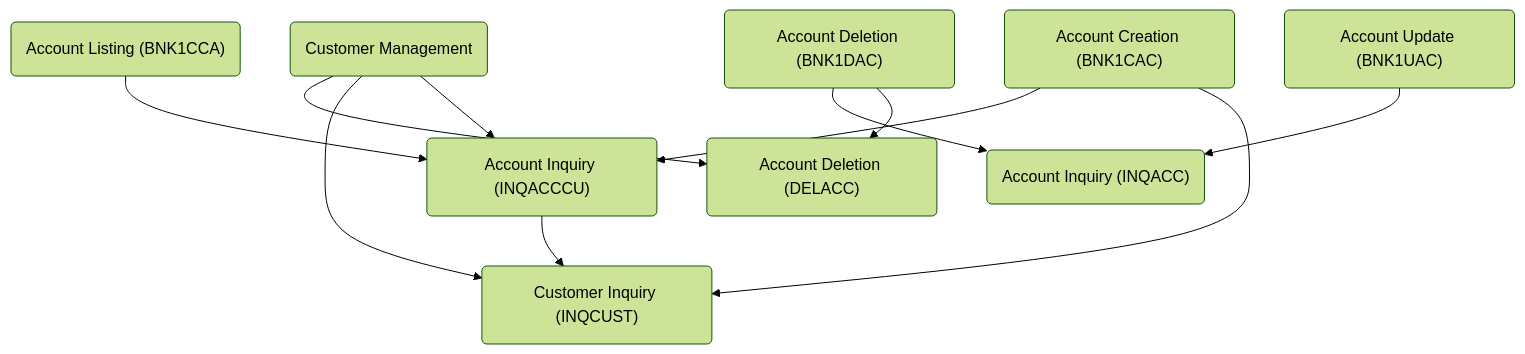
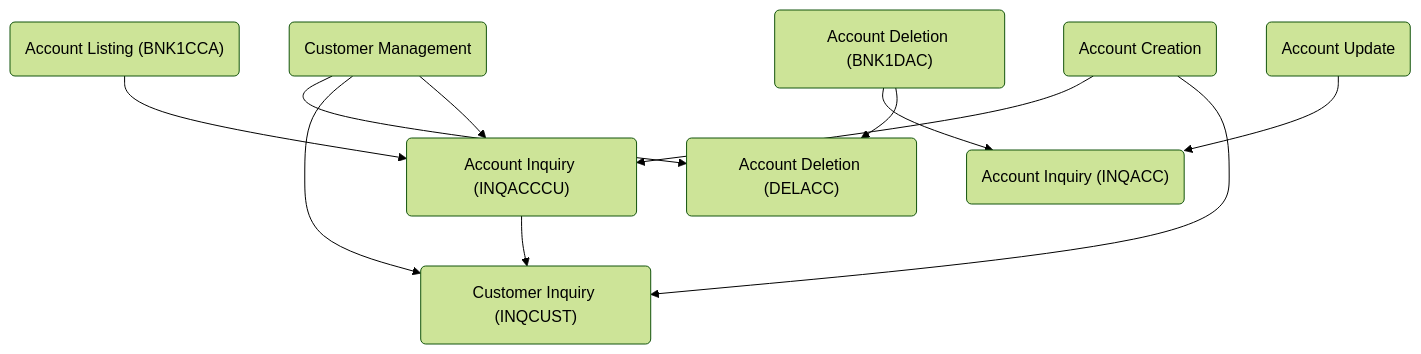
The diagram in .swm/overview.q3if2kbx.sw.md (Swimm-Demo/cics-banking-sample-application-cbsa-IBM-Demo), drawn with Mermaid (forest theme) before and after one commit. The commit also changed other lines of this file, not shown here.

Commit message:
To squash

````diff
--- a/.swm/overview.q3if2kbx.sw.md
+++ b/.swm/overview.q3if2kbx.sw.md
@@ -10,13 +10,13 @@
 ```mermaid
 graph TD;
  o339e("Account Inquiry (INQACCCU)") --> 2wtdn("Customer Inquiry (INQCUST)")
  qh7ha("Customer Management") --> r62zc("Account Deletion (DELACC)")
  qh7ha("Customer Management") --> 2wtdn("Customer Inquiry (INQCUST)")
  qh7ha("Customer Management") --> o339e("Account Inquiry (INQACCCU)")
  eobwn("Account Deletion (BNK1DAC)") --> uaufw("Account Inquiry (INQACC)")
  eobwn("Account Deletion (BNK1DAC)") --> r62zc("Account Deletion (DELACC)")
- 7yui0("Account Update (BNK1UAC)") --> uaufw("Account Inquiry (INQACC)")
+ 7yui0("Account Update") --> uaufw("Account Inquiry (INQACC)")
  a0j7n("Account Listing (BNK1CCA)") --> o339e("Account Inquiry (INQACCCU)")
- dnq0o("Account Creation (BNK1CAC)") --> o339e("Account Inquiry (INQACCCU)")
- dnq0o("Account Creation (BNK1CAC)") --> 2wtdn("Customer Inquiry (INQCUST)")
+ dnq0o("Account Creation") --> o339e("Account Inquiry (INQACCCU)")
+ dnq0o("Account Creation") --> 2wtdn("Customer Inquiry (INQCUST)")
 ```
````
